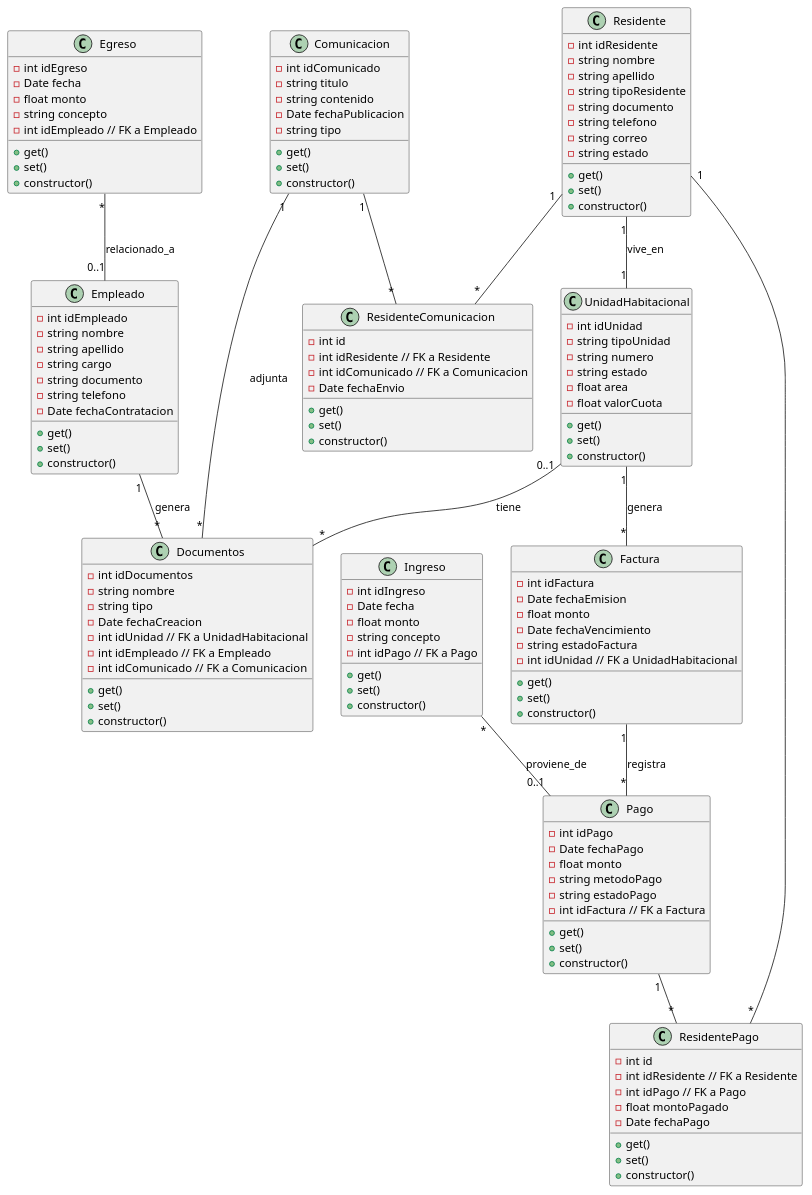
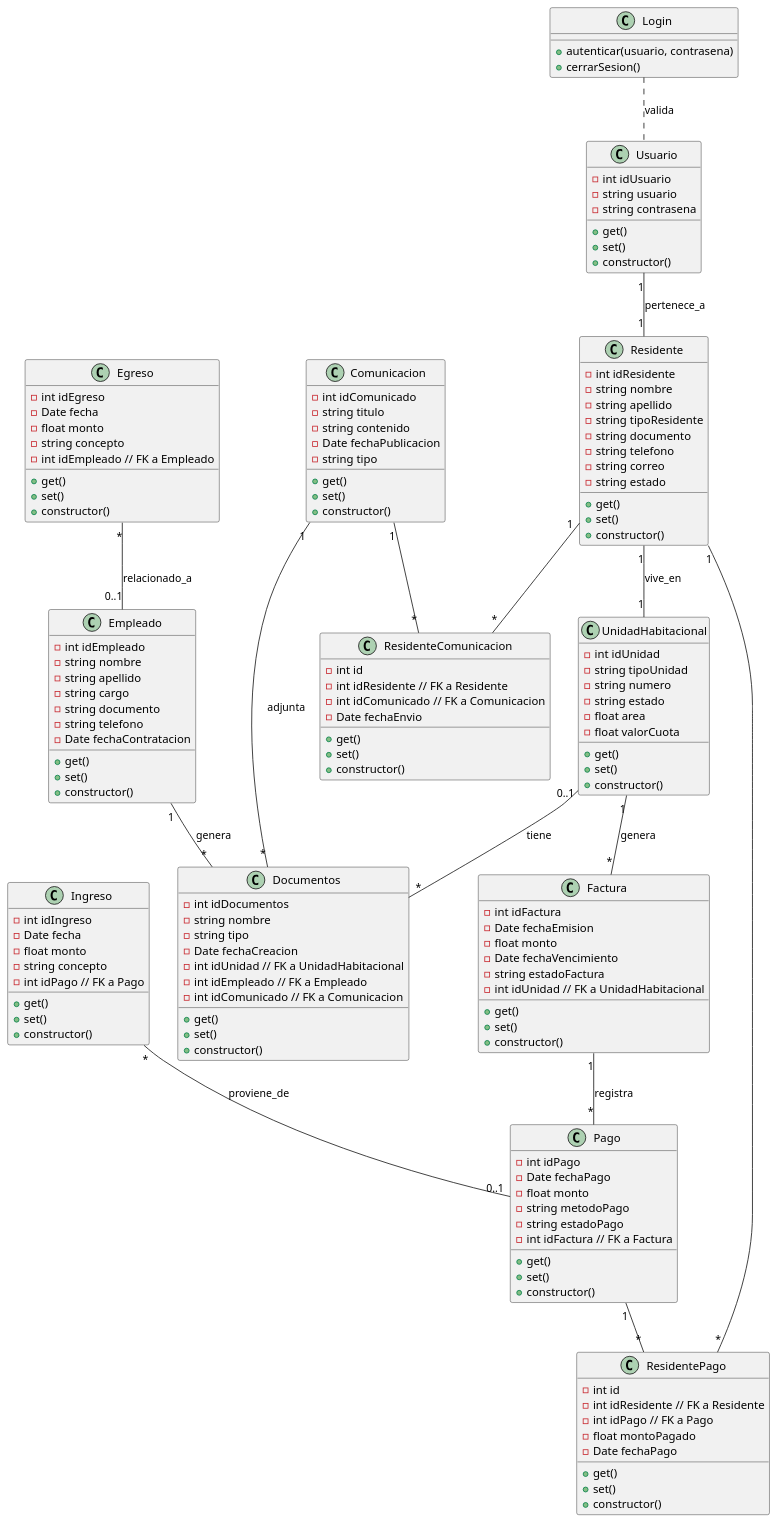
Before and after one commit to lucho007350/condominio: the diagram in diagrama_clases.puml, drawn with PlantUML. The commit also changed 1 other file, not shown here.

Commit message:
clases login

```diff
--- a/diagrama_clases.puml
+++ b/diagrama_clases.puml
@@ -1,160 +1,180 @@
 @startuml
 ' =========================
 ' Definición de Clases
 ' =========================
 
 class Residente {
     -int idResidente
     -string nombre
     -string apellido
     -string tipoResidente
     -string documento
     -string telefono
     -string correo
     -string estado
     +get()
     +set()
     +constructor()
 }
 
 class UnidadHabitacional {
     -int idUnidad
     -string tipoUnidad
     -string numero
     -string estado
     -float area
     -float valorCuota
     +get()
     +set()
     +constructor()
 }
 
 class Empleado {
     -int idEmpleado
     -string nombre
     -string apellido
     -string cargo
     -string documento
     -string telefono
     '-float salario '
     -Date fechaContratacion
     +get()
     +set()
     +constructor()
 }
 
 class Pago {
     -int idPago
     -Date fechaPago
     -float monto
     -string metodoPago
     -string estadoPago
     -int idFactura // FK a Factura
     +get()
     +set()
     +constructor()
 }
 
 class Factura {
     -int idFactura
     -Date fechaEmision
     -float monto
     -Date fechaVencimiento
     -string estadoFactura
     -int idUnidad // FK a UnidadHabitacional
     +get()
     +set()
     +constructor()
 }
 
 class Comunicacion {
     -int idComunicado
     -string titulo
     -string contenido
     -Date fechaPublicacion
     -string tipo
     +get()
     +set()
     +constructor()
 }
 
 class Documentos {
     -int idDocumentos
     -string nombre
     -string tipo
     -Date fechaCreacion
     -int idUnidad // FK a UnidadHabitacional
     -int idEmpleado // FK a Empleado
     -int idComunicado // FK a Comunicacion
     +get()
     +set()
     +constructor()
 }
 
 class Ingreso {
     -int idIngreso
     -Date fecha
     -float monto
     -string concepto
     -int idPago // FK a Pago
     +get()
     +set()
     +constructor()
 }
 
 class Egreso {
     -int idEgreso
     -Date fecha
     -float monto
     -string concepto
     -int idEmpleado // FK a Empleado
     +get()
     +set()
     +constructor()
 }
 
+class Usuario {
+    -int idUsuario
+    -string usuario
+    -string contrasena
+
+    +get()
+    +set()
+    +constructor()
+}
+
+
+class Login {
+    +autenticar(usuario, contrasena)
+    +cerrarSesion()
+}
+
 ' =========================
 ' Tablas intermedias
 ' =========================
 
 class ResidenteComunicacion {
     -int id
     -int idResidente // FK a Residente
     -int idComunicado // FK a Comunicacion
     -Date fechaEnvio
     +get()
     +set()
     +constructor()
 }
 
 class ResidentePago {
     -int id
     -int idResidente // FK a Residente
     -int idPago // FK a Pago
     -float montoPagado
     -Date fechaPago
     +get()
     +set()
     +constructor()
 }
 
 ' =========================
 ' Relaciones
 ' =========================
 
 Residente "1" -- "1" UnidadHabitacional : vive_en
 UnidadHabitacional "1" -- "*" Factura : genera
 Factura "1" -- "*" Pago : registra
 UnidadHabitacional "0..1" -- "*" Documentos : tiene
 Empleado "1" -- "*" Documentos : genera
 Comunicacion "1" -- "*" Documentos : adjunta
 Ingreso "*" -- "0..1" Pago : proviene_de
 Egreso "*" -- "0..1" Empleado : relacionado_a
 
 ' Muchos a muchos con tablas intermedias
 Residente "1" -- "*" ResidenteComunicacion
 Comunicacion "1" -- "*" ResidenteComunicacion
 
 Residente "1" -- "*" ResidentePago
 Pago "1" -- "*" ResidentePago
+
+Usuario "1" -- "1" Residente : pertenece_a
+Login .. Usuario : valida
+
 @enduml
```
